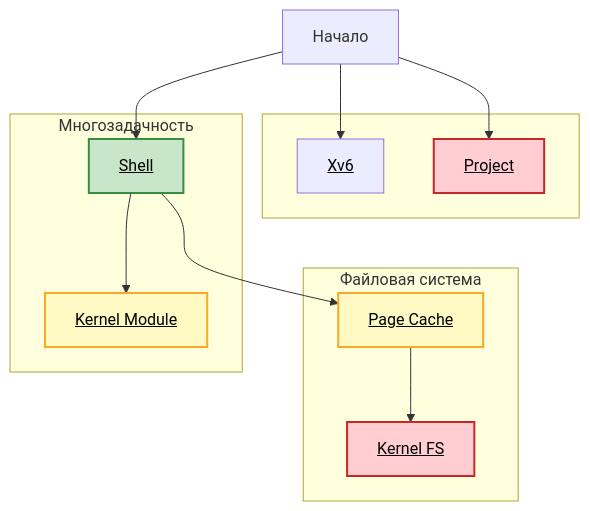
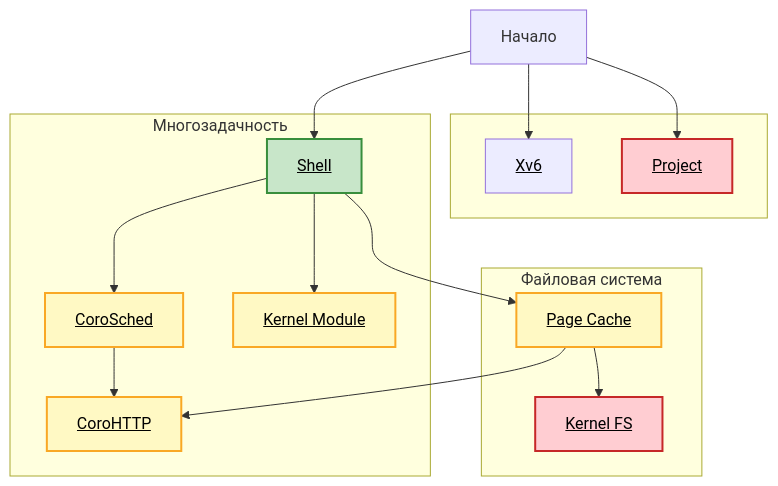
One commit to secs-dev/os-course changed the diagram in README.md. Above: the diagram before and after it, drawn with Mermaid. The commit also changed 2 other files, not shown here.

Commit message:
Add coroed labs

````diff
--- a/README.md
+++ b/README.md
@@ -23,40 +23,47 @@
 ```mermaid
 graph TD
     start["Начало"]
 
     subgraph other [" "]
         xv6["<a href='https://github.com/secs-dev/xv6-riscv' style='color:black;'>Xv6</a>"]
         project["<a href='https://github.com/secs-dev/os-course/blob/main/lab/project/README.md' style='color:black;'>Project</a>"]
     end
 
     subgraph fs ["Файловая система"]
         vtpc["<a href='https://github.com/secs-dev/os-course/blob/main/lab/vtpc/README.md' style='color:black;'>Page Cache</a>"]
         vtfs["<a href='https://github.com/secs-dev/os-course/blob/main/lab/vtfs/README.md' style='color:black;'>Kernel FS</a>"]
     end
 
     subgraph mp ["Многозадачность"]
         vtsh["<a href='https://github.com/secs-dev/os-course/blob/main/lab/vtsh/README.md' style='color:black;'>Shell</a>"]
+        corosched["<a href='https://github.com/secs-dev/os-course/blob/main/lab/corosched/README.md' style='color:black;'>CoroSched</a>"]
+        corohttp["<a href='https://github.com/secs-dev/os-course/blob/main/lab/corohttp/README.md' style='color:black;'>CoroHTTP</a>"]
     end
 
     subgraph mp ["Linux"]
         vtkm["<a href='https://github.com/secs-dev/os-course/blob/main/lab/vtkm/README.md' style='color:black;'>Kernel Module</a>"]
     end
 
     start --> xv6
     start --> project
     start --> vtsh
     vtsh --> vtpc
     vtsh --> vtkm
     vtpc --> vtfs
+    vtsh --> corosched
+    vtpc --> corohttp
+    corosched --> corohttp
 
     classDef free fill:#eceff1,stroke:#607d8b,stroke-width:2px,color:#37474f
     classDef easy fill:#c8e6c9,stroke:#388e3c,stroke-width:2px,color:#1b5e20
     classDef medium fill:#fff9c4,stroke:#f9a825,stroke-width:2px,color:#f57f17
     classDef hard fill:#ffcdd2,stroke:#c62828,stroke-width:2px,color:#b71c1c
 
     class project hard
     class vtsh easy
     class vtpc medium
     class vtkm medium
     class vtfs hard
+    class corosched medium
+    class corohttp medium
 ```
````
